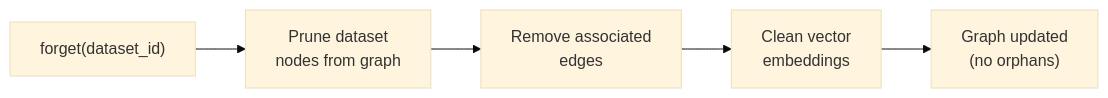
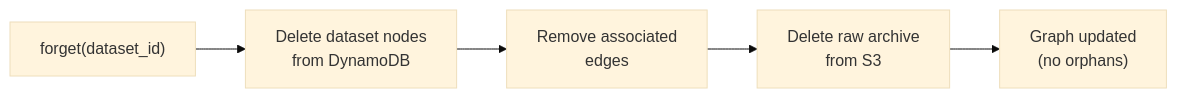
Before and after one commit to kartikangiras/aegis: the fifth of 6 diagrams in README.md, drawn with Mermaid (base theme). The commit also changed other lines of this file and 14 other files, not shown here.

````diff
--- a/README.md
+++ b/README.md
@@ -162,7 +118,7 @@
 ```mermaid
 flowchart LR
-    FG["forget(dataset_id)"] --> P["Prune dataset\nnodes from graph"]
+    FG["forget(dataset_id)"] --> P["Delete dataset nodes\nfrom DynamoDB"]
     P --> E["Remove associated\nedges"]
-    E --> V["Clean vector\nembeddings"]
+    E --> V["Delete raw archive\nfrom S3"]
     V --> U["Graph updated\n(no orphans)"]
 ```
````
